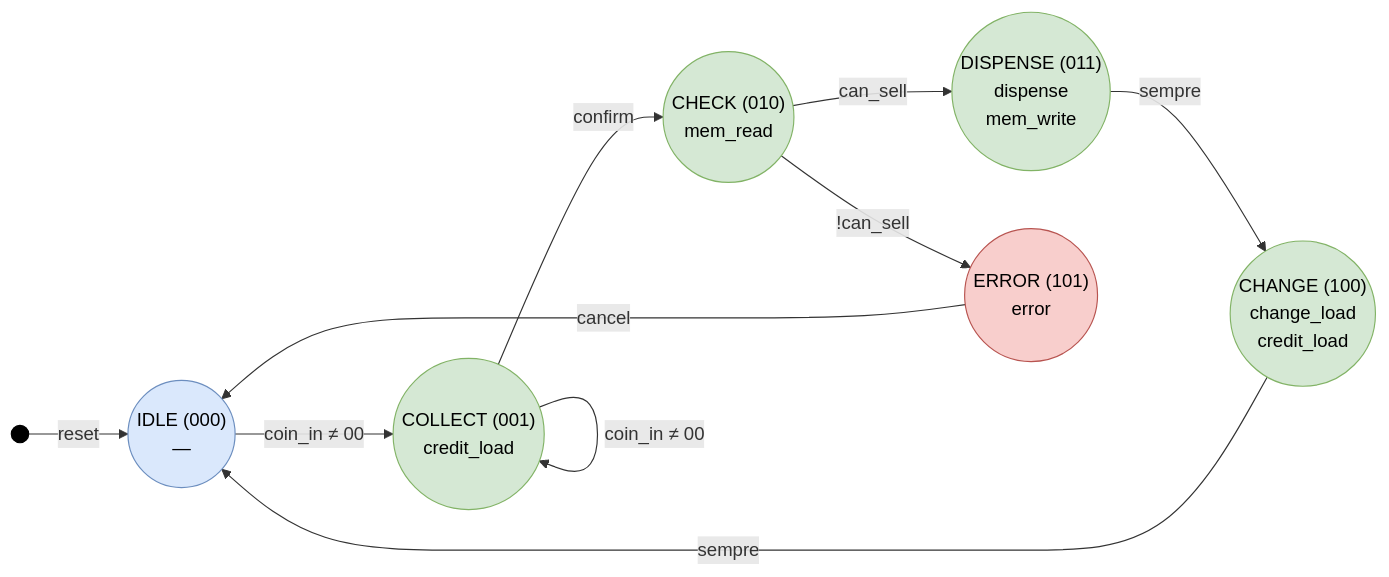
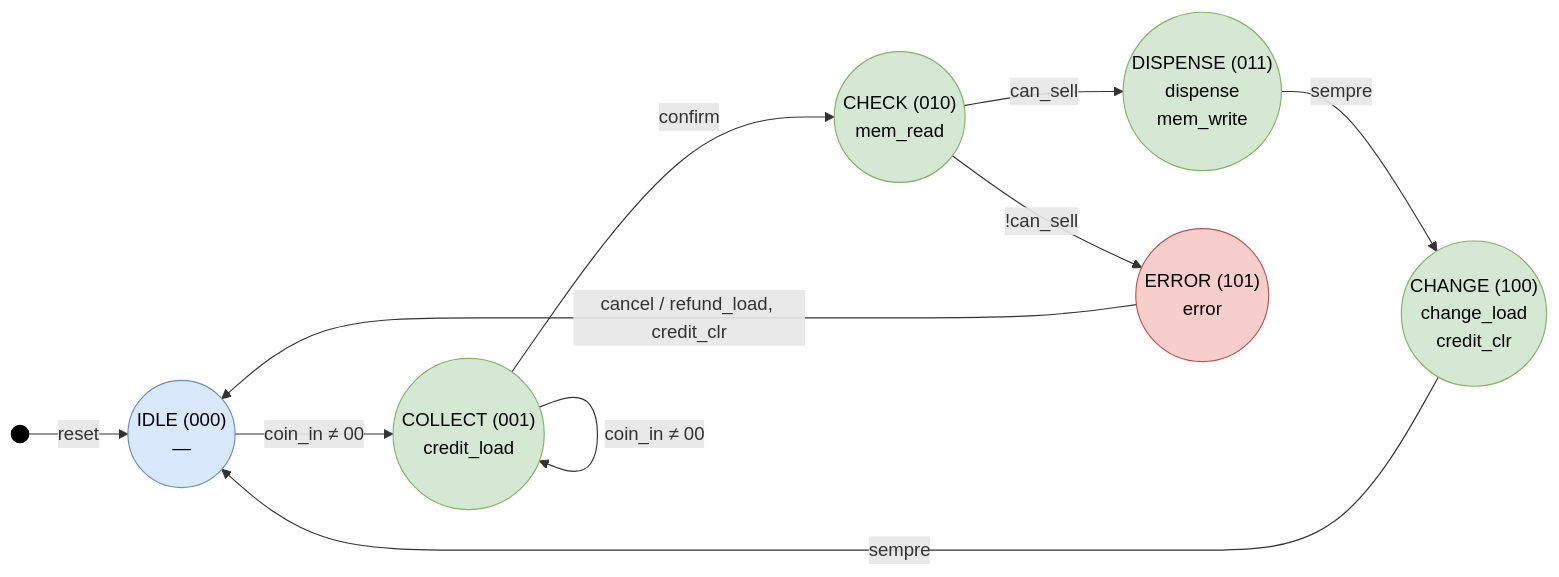
Before and after one commit to andersonalexsandro/grupo_andersonsoares_vending: the second of 2 diagrams in docs/diagramas.md, drawn with Mermaid. The commit also changed other lines of this file and 2 other files, not shown here.

First line of the commit message:
docs: README como entrega (local/servidor) e diagramas.md alinhado ao RTL

````diff
--- a/docs/diagramas.md
+++ b/docs/diagramas.md
@@ -232,25 +237,25 @@
 ```mermaid
 flowchart LR
     init((" ")):::start
     IDLE(("IDLE (000)<br/>—")):::idle
     COLLECT(("COLLECT (001)<br/>credit_load")):::act
     CHECK(("CHECK (010)<br/>mem_read")):::act
     DISPENSE(("DISPENSE (011)<br/>dispense<br/>mem_write")):::act
-    CHANGE(("CHANGE (100)<br/>change_load<br/>credit_load")):::act
+    CHANGE(("CHANGE (100)<br/>change_load<br/>credit_clr")):::act
     ERROR(("ERROR (101)<br/>error")):::err
 
     init -->|reset| IDLE
     IDLE -->|coin_in ≠ 00| COLLECT
     COLLECT -->|coin_in ≠ 00| COLLECT
     COLLECT -->|confirm| CHECK
     CHECK -->|can_sell| DISPENSE
     CHECK -->|!can_sell| ERROR
     DISPENSE -->|sempre| CHANGE
     CHANGE -->|sempre| IDLE
-    ERROR -->|cancel| IDLE
+    ERROR -->|cancel / refund_load, credit_clr| IDLE
 
     classDef start fill:#000000,stroke:#000000,color:#ffffff;
     classDef idle  fill:#dae8fc,stroke:#6c8ebf,color:#000;
     classDef act   fill:#d5e8d4,stroke:#82b366,color:#000;
     classDef err   fill:#f8cecc,stroke:#b85450,color:#000;
 ```
````
